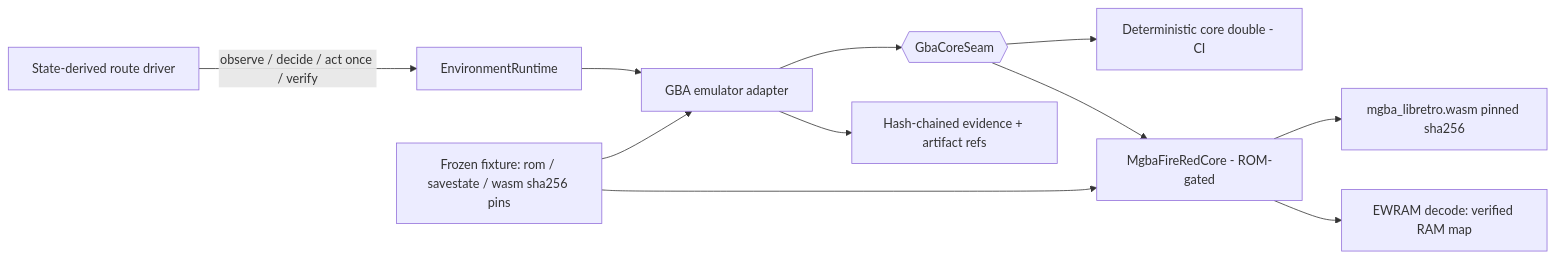
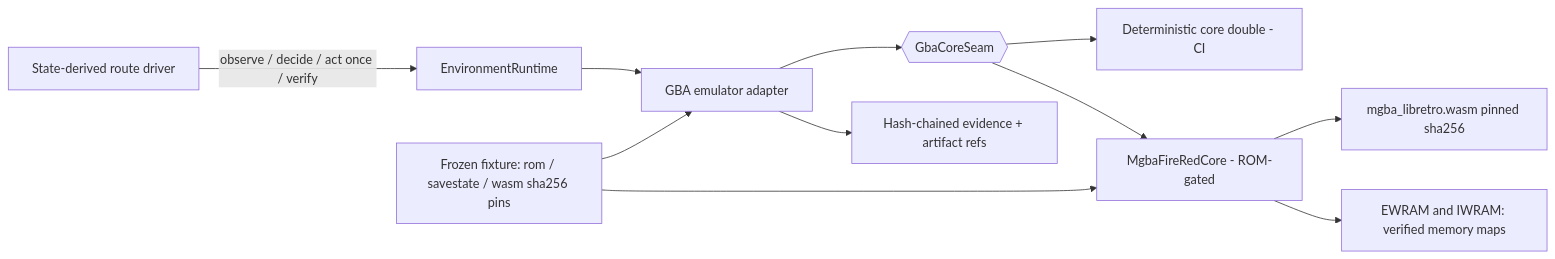
The diagram in docs/adr/0040-real-mgba-core-behind-the-emulator-seam.md (Volpestyle/clankie), drawn with Mermaid before and after one commit. The commit also changed other lines of this file and 165 other files, not shown here.

````diff
--- a/docs/adr/0040-real-mgba-core-behind-the-emulator-seam.md
+++ b/docs/adr/0040-real-mgba-core-behind-the-emulator-seam.md
@@ -34,13 +34,13 @@
 ```mermaid
 flowchart LR
   D[State-derived route driver] -->|observe / decide / act once / verify| R[EnvironmentRuntime]
   R --> A[GBA emulator adapter]
   A --> S{{GbaCoreSeam}}
   S --> T[Deterministic core double - CI]
   S --> M[MgbaFireRedCore - ROM-gated]
   M --> W[mgba_libretro.wasm pinned sha256]
-  M --> E[EWRAM decode: verified RAM map]
+  M --> E[EWRAM and IWRAM: verified memory maps]
   F[Frozen fixture: rom / savestate / wasm sha256 pins] --> A
   F --> M
   A --> V[Hash-chained evidence + artifact refs]
 ```
````
